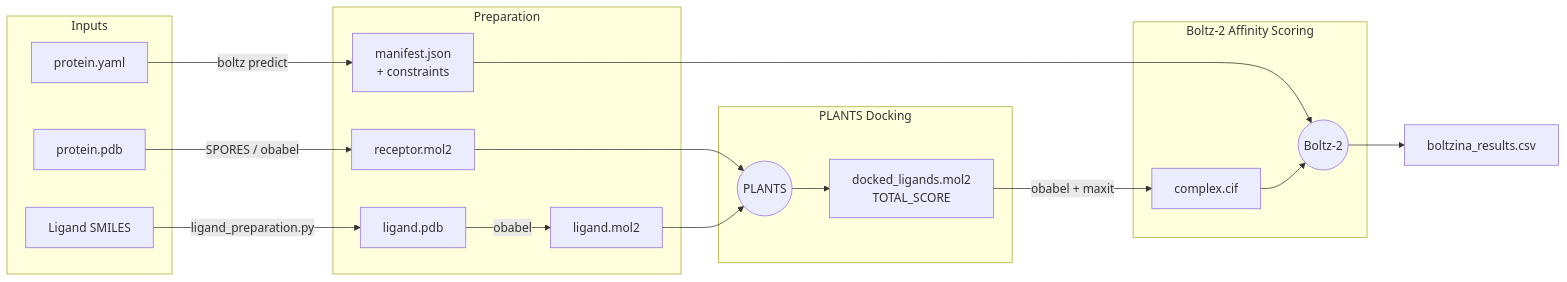
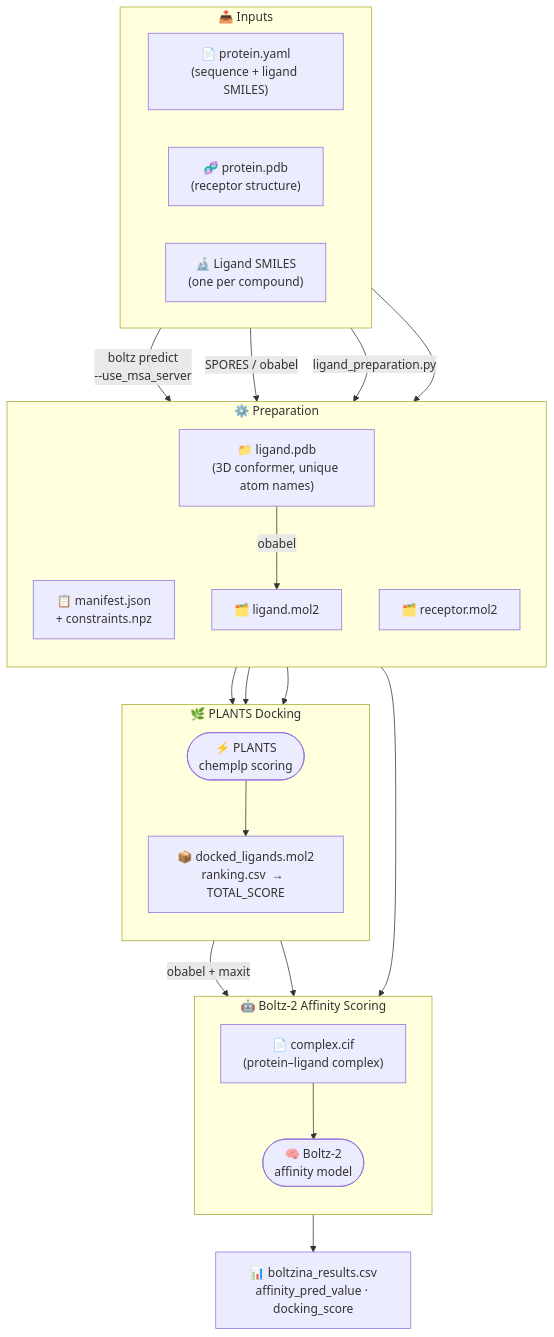
Before and after one commit to itsraiko/BOLANTS: the diagram in README.md, drawn with Mermaid.

Commit message:
Enlarge pipeline diagram: switch to TD layout with detailed node labels

````diff
--- a/README.md
+++ b/README.md
@@ -7,29 +7,37 @@
 ```mermaid
-flowchart LR
-    subgraph Inputs
-        A[protein.yaml]
-        B[protein.pdb]
-        C[Ligand SMILES]
+flowchart TD
+    subgraph IN["📥  Inputs"]
+        direction LR
+        A["📄 protein.yaml\n(sequence + ligand SMILES)"]
+        B["🧬 protein.pdb\n(receptor structure)"]
+        C["🔬 Ligand SMILES\n(one per compound)"]
     end
 
-    subgraph Preparation
-        A -->|boltz predict| D[manifest.json\n+ constraints]
-        B -->|SPORES / obabel| E[receptor.mol2]
-        C -->|ligand_preparation.py| F[ligand.pdb]
-        F -->|obabel| G[ligand.mol2]
+    subgraph PREP["⚙️  Preparation"]
+        direction TB
+        A -->|"boltz predict\n--use_msa_server"| D["📋 manifest.json\n+ constraints.npz"]
+        B -->|"SPORES / obabel"| E["🗂️ receptor.mol2"]
+        C -->|"ligand_preparation.py"| F["📁 ligand.pdb\n(3D conformer, unique atom names)"]
+        F -->|"obabel"| G["🗂️ ligand.mol2"]
     end
 
-    subgraph Docking["PLANTS Docking"]
-        E --> H((PLANTS))
-        G --> H
-        H --> I[docked_ligands.mol2\nTOTAL_SCORE]
+    subgraph DOCK["🌿  PLANTS Docking"]
+        direction TB
+        E --> PL(["⚡ PLANTS\nchemplp scoring"])
+        G --> PL
+        PL --> I["📦 docked_ligands.mol2\nranking.csv  →  TOTAL_SCORE"]
     end
 
-    subgraph Scoring["Boltz-2 Affinity Scoring"]
-        I -->|obabel + maxit| J[complex.cif]
-        D --> K((Boltz-2))
-        J --> K
+    subgraph SCORE["🤖  Boltz-2 Affinity Scoring"]
+        direction TB
+        I -->|"obabel + maxit"| J["📄 complex.cif\n(protein–ligand complex)"]
+        D --> BZ(["🧠 Boltz-2\naffinity model"])
+        J --> BZ
     end
 
-    K --> L[boltzina_results.csv]
+    BZ --> OUT["📊 boltzina_results.csv\naffinity_pred_value · docking_score"]
+
+    IN --> PREP
+    PREP --> DOCK
+    DOCK --> SCORE
 ```
````
